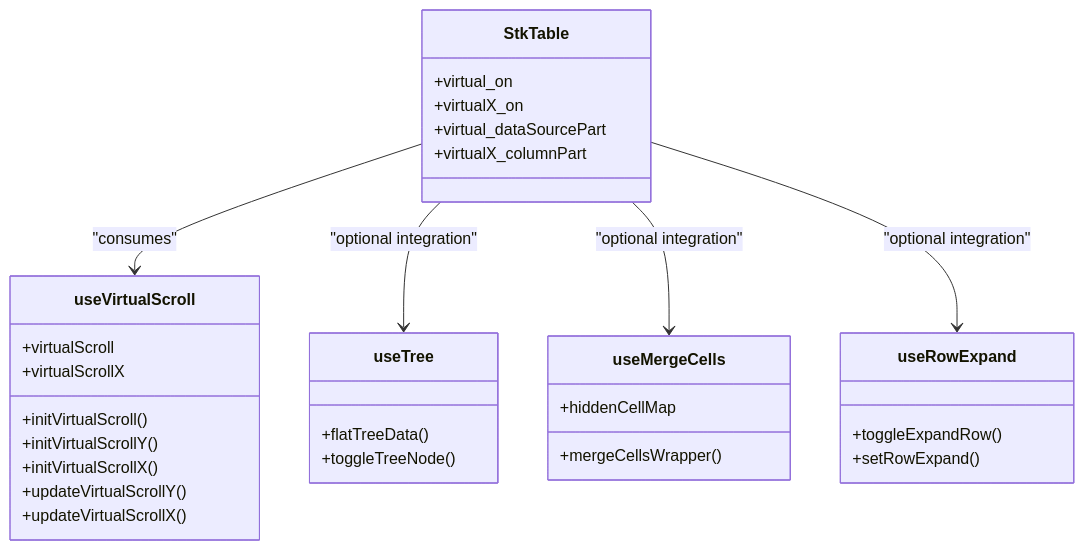
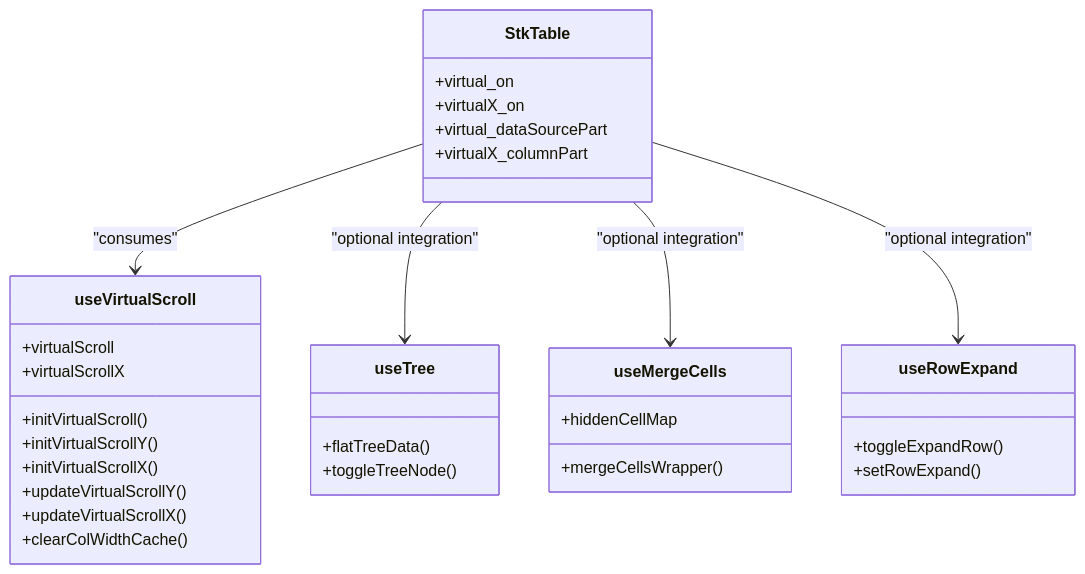
Before and after one commit to ja-plus/stk-table-vue: the fifth of 6 diagrams in .qoder/repowiki/en/content/Core Concepts/Virtual Scrolling/Virtual Scroll Configuration.md, drawn with Mermaid. The commit also changed other lines of this file and 7 other files, not shown here.

````diff
--- a/.qoder/repowiki/en/content/Core Concepts/Virtual Scrolling/Virtual Scroll Configuration.md
+++ b/.qoder/repowiki/en/content/Core Concepts/Virtual Scrolling/Virtual Scroll Configuration.md
@@ -278,34 +295,35 @@
 ```mermaid
 classDiagram
 class StkTable {
 +virtual_on
 +virtualX_on
 +virtual_dataSourcePart
 +virtualX_columnPart
 }
 class useVirtualScroll {
 +virtualScroll
 +virtualScrollX
 +initVirtualScroll()
 +initVirtualScrollY()
 +initVirtualScrollX()
 +updateVirtualScrollY()
 +updateVirtualScrollX()
++clearColWidthCache()
 }
 class useTree {
 +flatTreeData()
 +toggleTreeNode()
 }
 class useMergeCells {
 +mergeCellsWrapper()
 +hiddenCellMap
 }
 class useRowExpand {
 +toggleExpandRow()
 +setRowExpand()
 }
 StkTable --> useVirtualScroll : "consumes"
 StkTable --> useTree : "optional integration"
 StkTable --> useMergeCells : "optional integration"
 StkTable --> useRowExpand : "optional integration"
 ```
````
